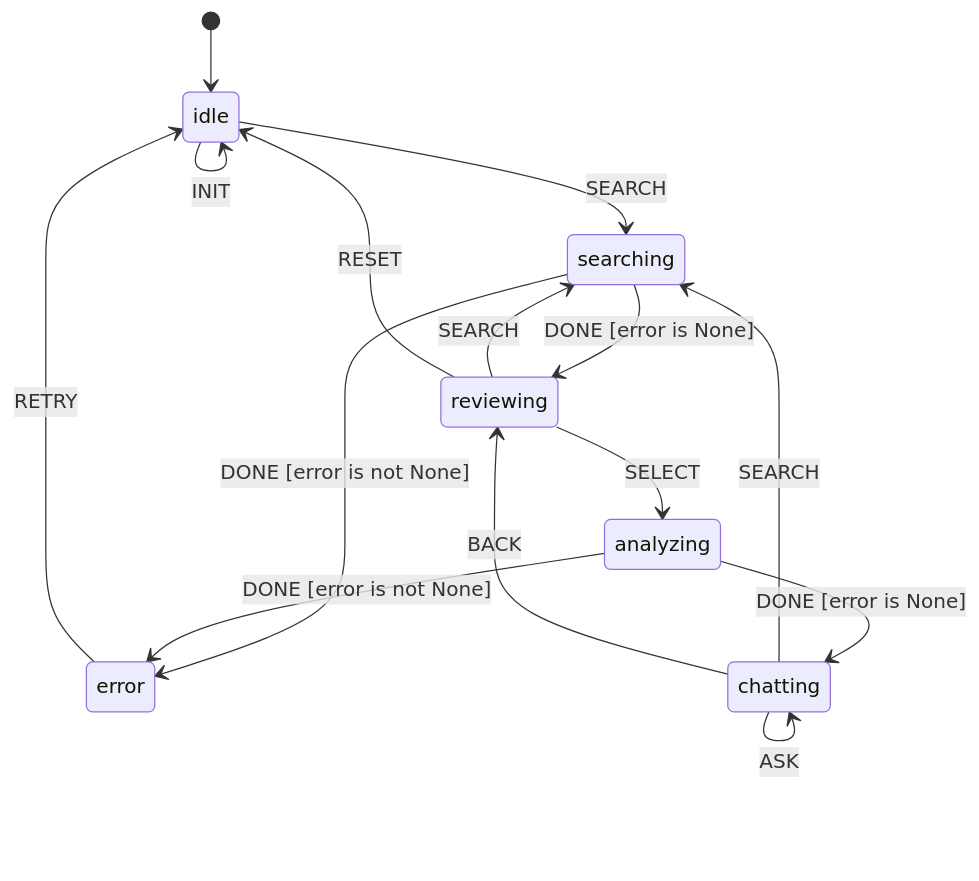
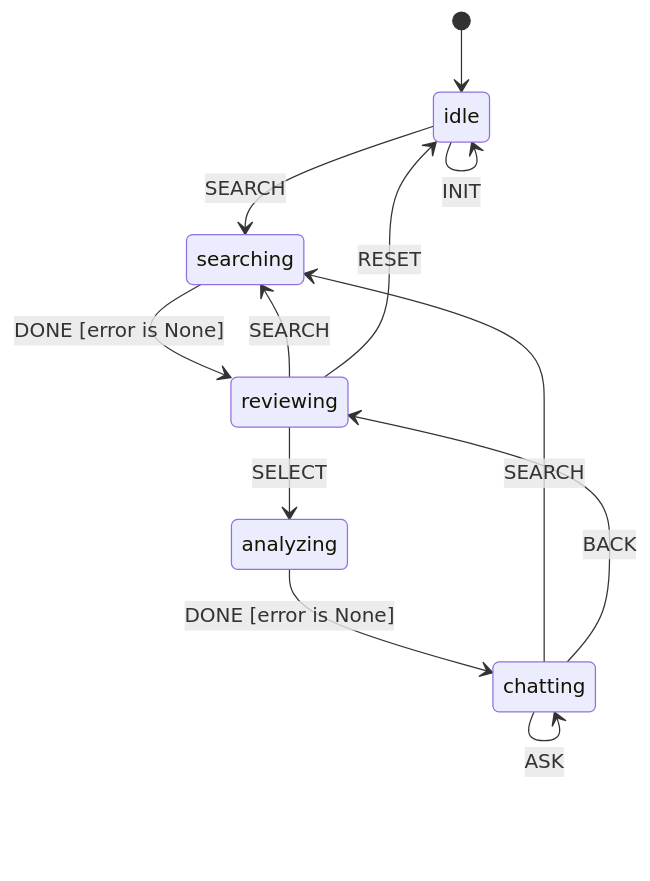
Before and after one commit to rhCat/lpp: the diagram in utils/scholar_chat/README.md, drawn with Mermaid. The commit also changed 253 other files, not shown here.

````diff
--- a/utils/scholar_chat/README.md
+++ b/utils/scholar_chat/README.md
@@ -7,18 +7,15 @@
 ```mermaid
 stateDiagram-v2
     %% L++ State Diagram: Scholar Chatbot
     [*] --> idle
     idle --> idle : INIT
     idle --> searching : SEARCH
     searching --> reviewing : DONE [error is None]
-    searching --> error : DONE [error is not None]
     reviewing --> searching : SEARCH
     reviewing --> analyzing : SELECT
     analyzing --> chatting : DONE [error is None]
-    analyzing --> error : DONE [error is not None]
     chatting --> chatting : ASK
     chatting --> searching : SEARCH
     chatting --> reviewing : BACK
     reviewing --> idle : RESET
-    error --> idle : RETRY
 ```
````
